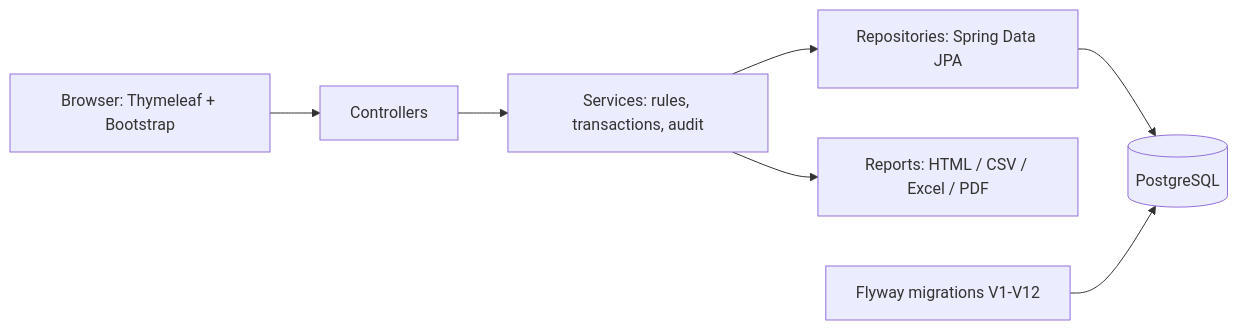
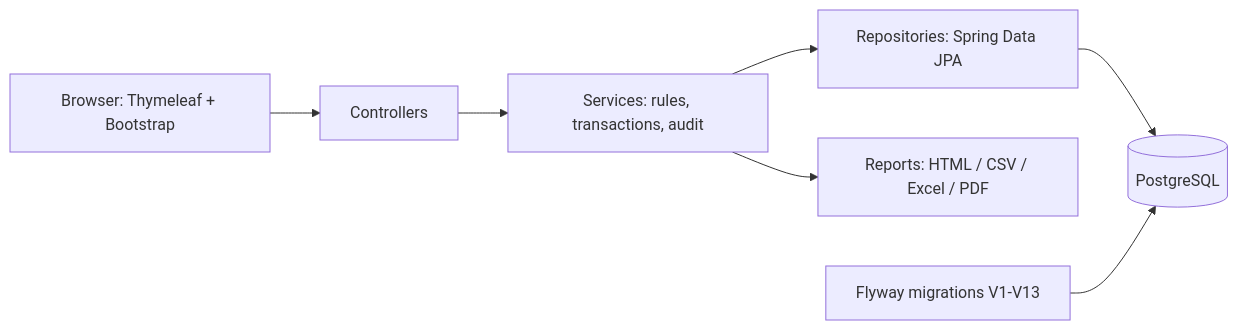
The first of 2 diagrams in docs/DESIGN_NOTE.md (hariharan1731/order-to-audit), drawn with Mermaid before and after one commit. The commit also changed other lines of this file and 3 other files, not shown here.

````diff
--- a/docs/DESIGN_NOTE.md
+++ b/docs/DESIGN_NOTE.md
@@ -10,9 +10,9 @@
 ```mermaid
 flowchart LR
   B[Browser: Thymeleaf + Bootstrap] --> C[Controllers]
   C --> S[Services: rules, transactions, audit]
   S --> R[Repositories: Spring Data JPA]
   R --> D[(PostgreSQL)]
   S --> RP[Reports: HTML / CSV / Excel / PDF]
-  F[Flyway migrations V1-V12] --> D
+  F[Flyway migrations V1-V13] --> D
 ```
````
